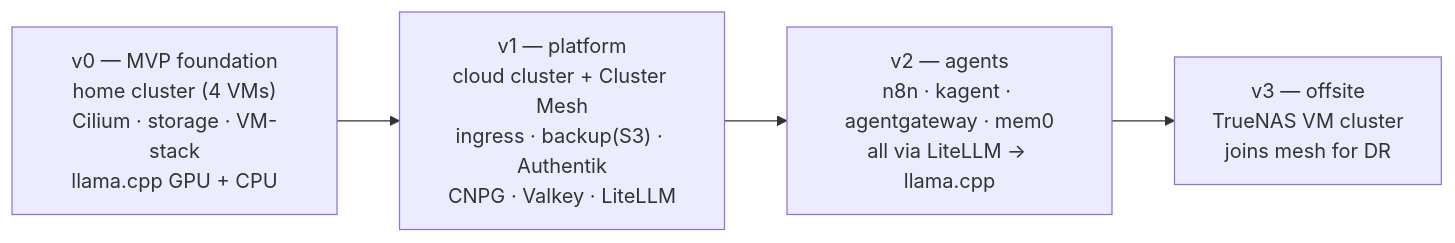
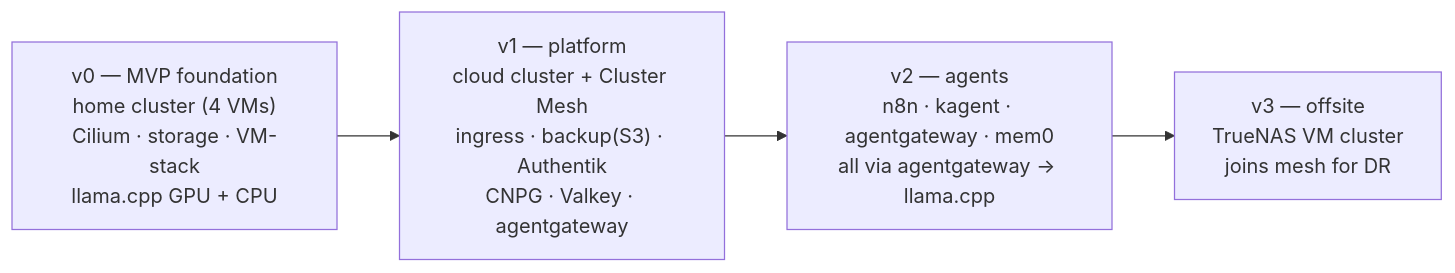
One commit to ngoldack/homelab changed the sixth of 6 diagrams in docs/architecture.md. Above: the diagram before and after it, drawn with Mermaid. The commit also changed other lines of this file and 13 other files, not shown here.

First line of the commit message:
docs(openspec): replace v1 LiteLLM with agentgateway as the model gateway

````diff
--- a/docs/architecture.md
+++ b/docs/architecture.md
@@ -193,8 +193,8 @@
 ```mermaid
 flowchart LR
   v0["v0 — MVP foundation<br/>home cluster (4 VMs)<br/>Cilium · storage · VM-stack<br/>llama.cpp GPU + CPU"]
-  v1["v1 — platform<br/>cloud cluster + Cluster Mesh<br/>ingress · backup(S3) · Authentik<br/>CNPG · Valkey · LiteLLM"]
-  v2["v2 — agents<br/>n8n · kagent · agentgateway · mem0<br/>all via LiteLLM → llama.cpp"]
+  v1["v1 — platform<br/>cloud cluster + Cluster Mesh<br/>ingress · backup(S3) · Authentik<br/>CNPG · Valkey · agentgateway"]
+  v2["v2 — agents<br/>n8n · kagent · agentgateway · mem0<br/>all via agentgateway → llama.cpp"]
   v3["v3 — offsite<br/>TrueNAS VM cluster<br/>joins mesh for DR"]
   v0 --> v1 --> v2 --> v3
 ```
````
